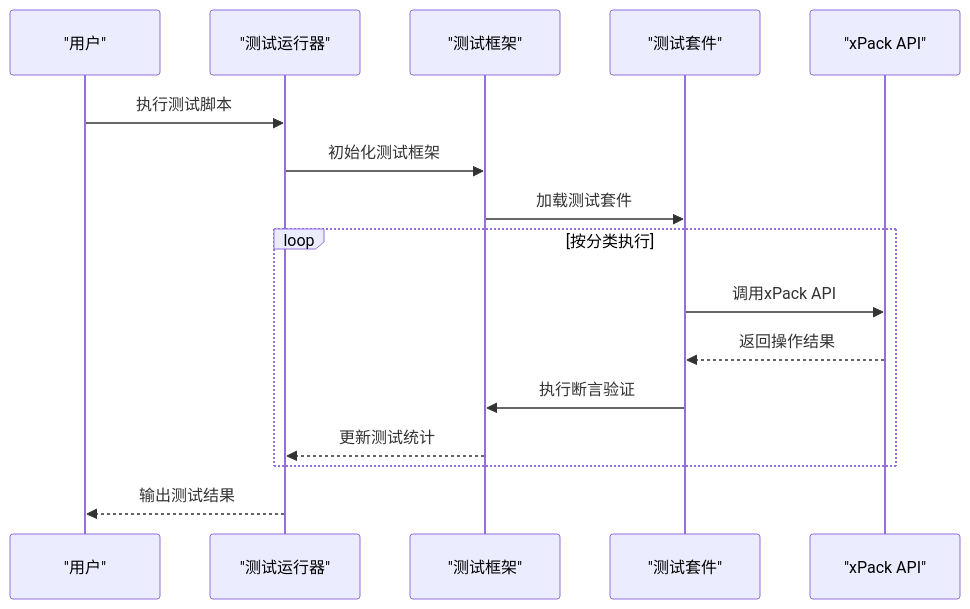
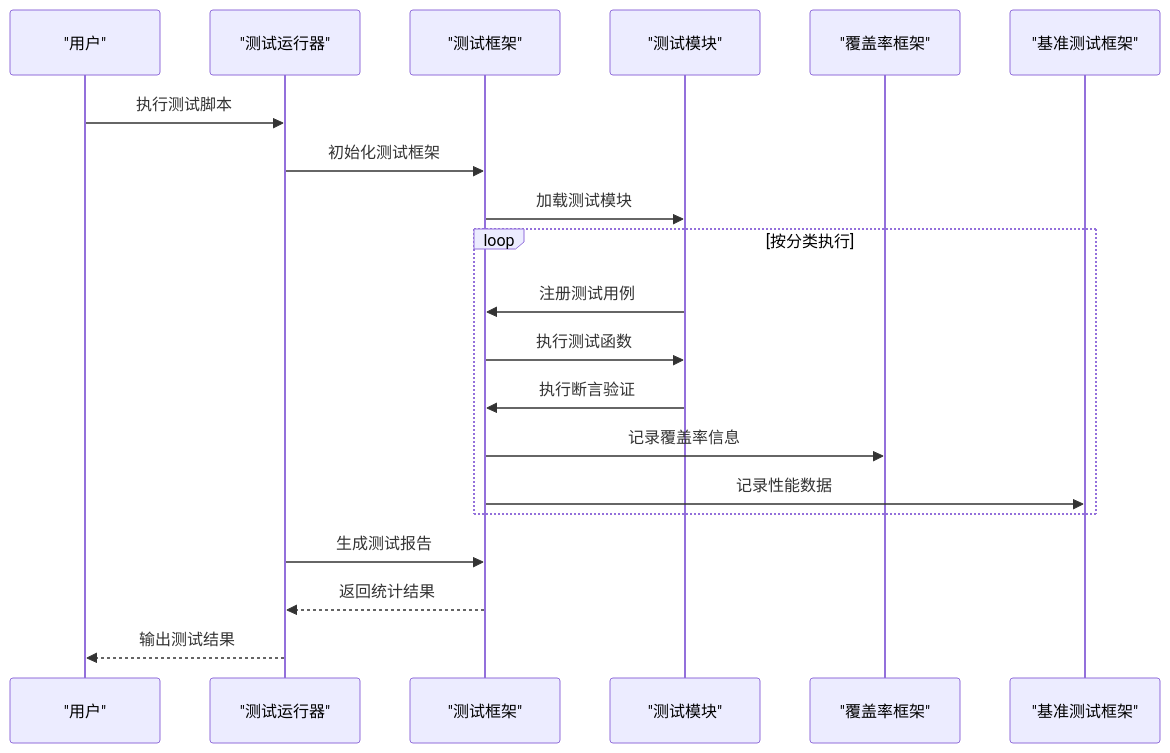
One commit to xywhsoft/xpack changed the second of 5 diagrams in .qoder/repowiki/zh/content/开发者指南/测试框架.md. Above: the diagram before and after it, drawn with Mermaid. The commit also changed other lines of this file and 42 other files, not shown here.

````diff
--- a/.qoder/repowiki/zh/content/开发者指南/测试框架.md
+++ b/.qoder/repowiki/zh/content/开发者指南/测试框架.md
@@ -116,18 +138,22 @@
 ```mermaid
 sequenceDiagram
 participant User as "用户"
 participant Runner as "测试运行器"
 participant Framework as "测试框架"
-participant TestSuite as "测试套件"
-participant API as "xPack API"
+participant TestModule as "测试模块"
+participant Coverage as "覆盖率框架"
+participant Benchmark as "基准测试框架"
 User->>Runner : 执行测试脚本
 Runner->>Framework : 初始化测试框架
-Framework->>TestSuite : 加载测试套件
+Framework->>TestModule : 加载测试模块
 loop 按分类执行
-TestSuite->>API : 调用xPack API
-API-->>TestSuite : 返回操作结果
-TestSuite->>Framework : 执行断言验证
-Framework-->>Runner : 更新测试统计
+TestModule->>Framework : 注册测试用例
+Framework->>TestModule : 执行测试函数
+TestModule->>Framework : 执行断言验证
+Framework->>Coverage : 记录覆盖率信息
+Framework->>Benchmark : 记录性能数据
 end
+Runner->>Framework : 生成测试报告
+Framework-->>Runner : 返回统计结果
 Runner-->>User : 输出测试结果
 ```
````
